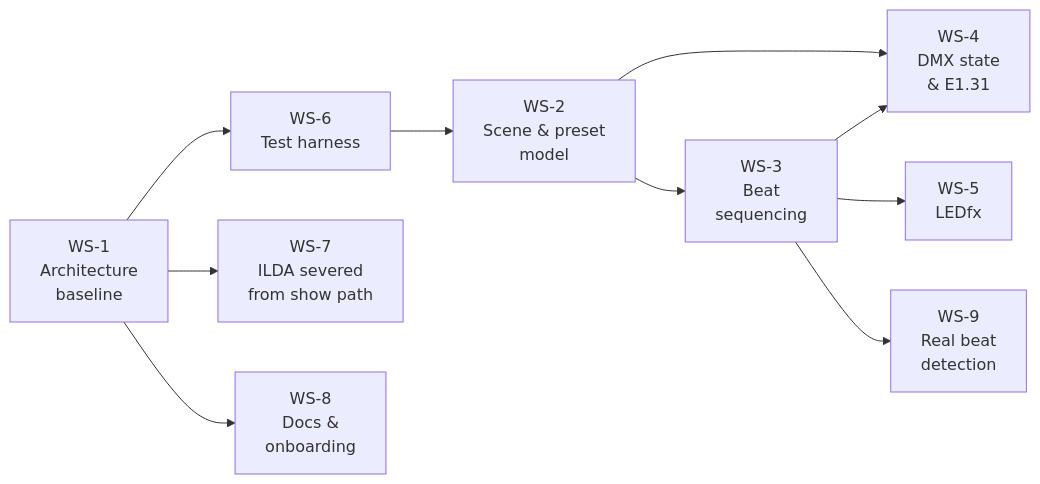
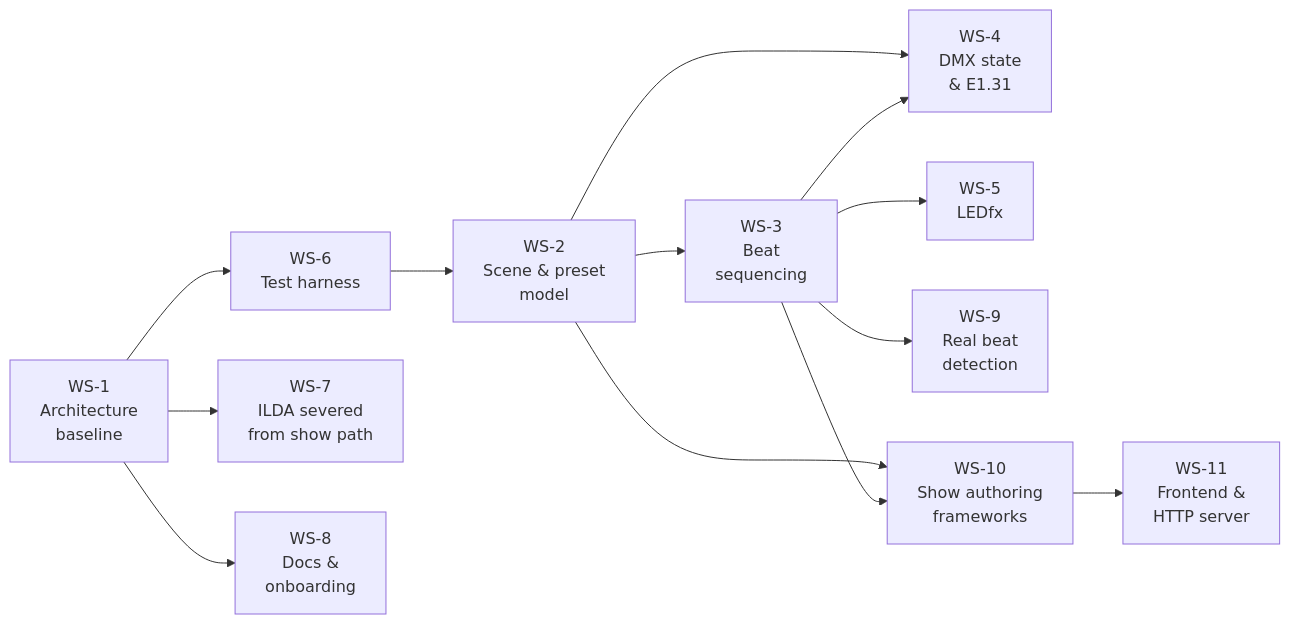
Before and after one commit to glane339/lightsappnew: the diagram in docs/current_sprint.md, drawn with Mermaid. The commit also changed other lines of this file and 3 other files, not shown here.

````diff
--- a/docs/current_sprint.md
+++ b/docs/current_sprint.md
@@ -11,12 +62,15 @@
 ```mermaid
 flowchart LR
     WS1["WS-1<br/>Architecture<br/>baseline"] --> WS6["WS-6<br/>Test harness"]
     WS6 --> WS2["WS-2<br/>Scene & preset<br/>model"]
     WS2 --> WS3["WS-3<br/>Beat<br/>sequencing"]
     WS2 --> WS4["WS-4<br/>DMX state<br/>& E1.31"]
     WS3 --> WS4
     WS3 --> WS5["WS-5<br/>LEDfx"]
     WS1 --> WS7["WS-7<br/>ILDA severed<br/>from show path"]
     WS1 --> WS8["WS-8<br/>Docs &<br/>onboarding"]
     WS3 --> WS9["WS-9<br/>Real beat<br/>detection"]
+    WS2 --> WS10["WS-10<br/>Show authoring<br/>frameworks"]
+    WS3 --> WS10
+    WS10 --> WS11["WS-11<br/>Frontend &<br/>HTTP server"]
 ```
````
